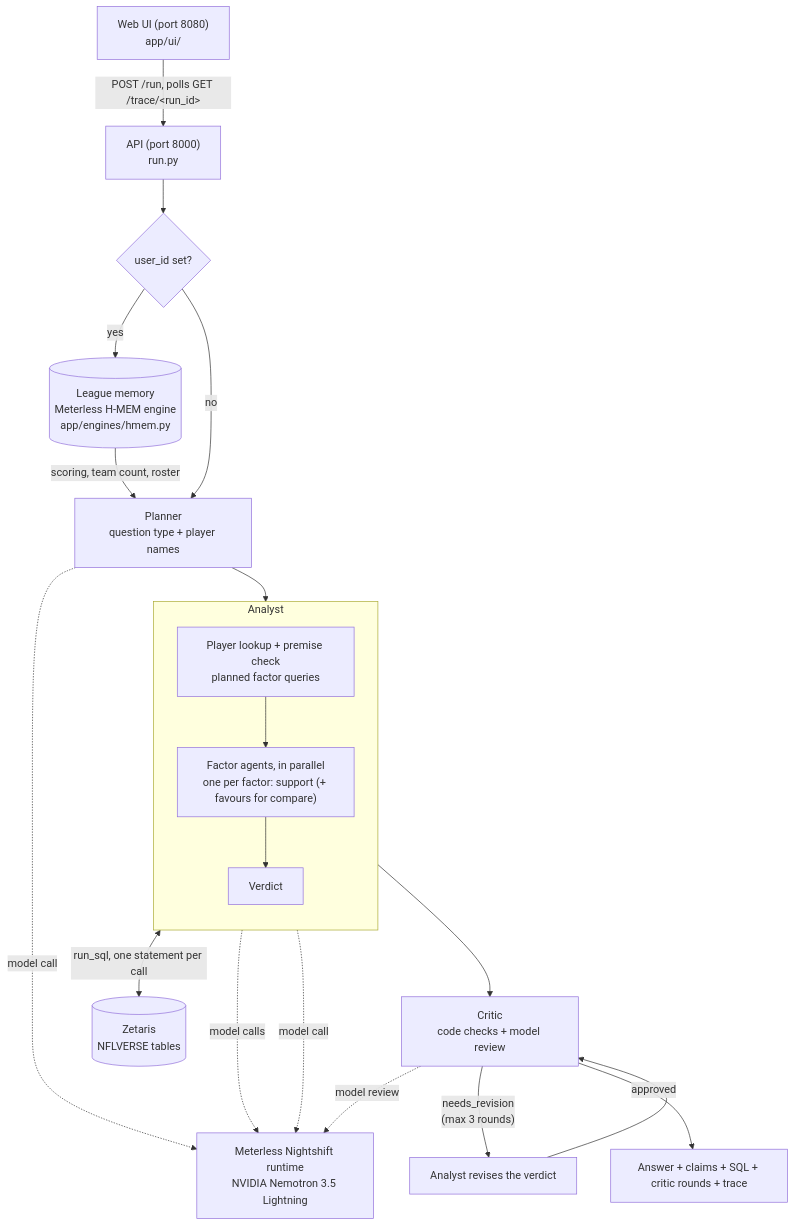
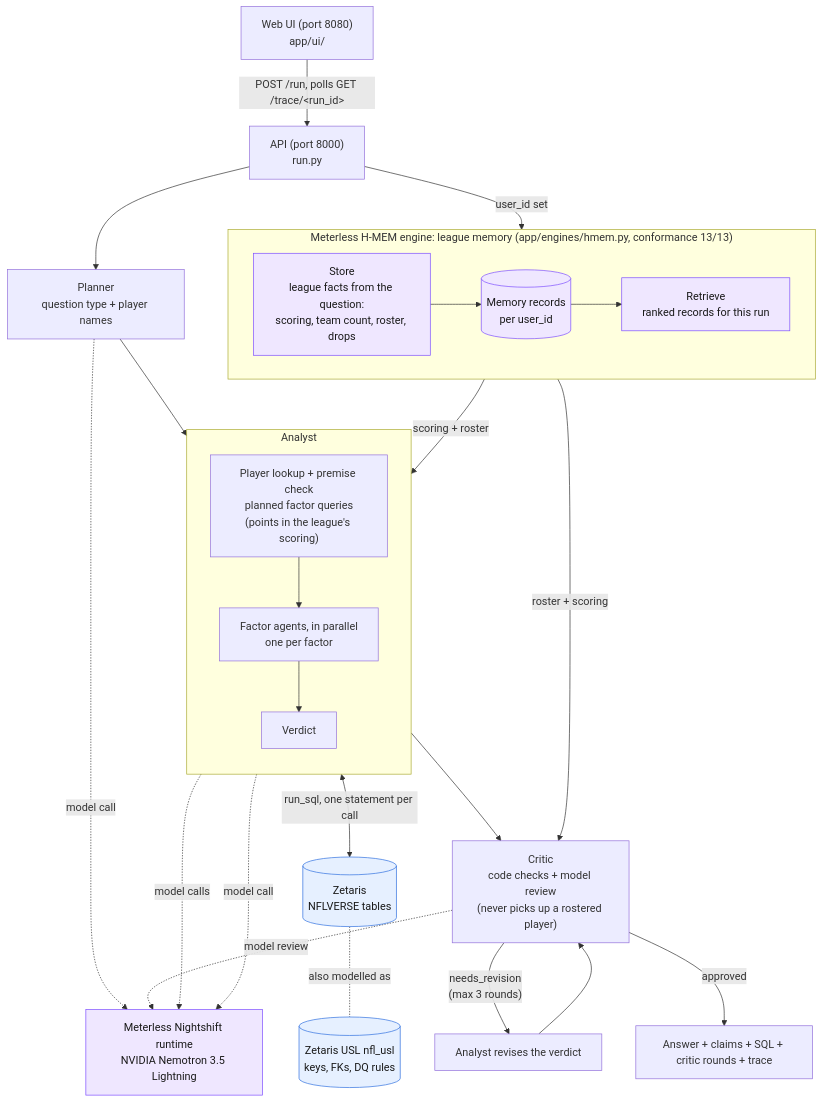
One commit to Duaarondu/nfl-agent changed the diagram in README.md. Above: the diagram before and after it, drawn with Mermaid.

Commit message:
README Architecture: H-MEM store/retrieve, USL, Critic roster rule in the diagram

````diff
--- a/README.md
+++ b/README.md
@@ -72,27 +72,34 @@
 ```mermaid
 flowchart TD
     UI["Web UI (port 8080)<br/>app/ui/"] -->|"POST /run, polls GET /trace/&lt;run_id&gt;"| API["API (port 8000)<br/>run.py"]
-    API --> MEM{"user_id set?"}
-    MEM -->|yes| HMEM[("League memory<br/>Meterless H-MEM engine<br/>app/engines/hmem.py")]
-    HMEM -->|"scoring, team count, roster"| P
-    MEM -->|no| P["Planner<br/>question type + player names"]
+    API --> P["Planner<br/>question type + player names"]
+    API -->|"user_id set"| ST
+    subgraph HM["Meterless H-MEM engine: league memory (app/engines/hmem.py, conformance 13/13)"]
+        direction LR
+        ST["Store<br/>league facts from the question:<br/>scoring, team count, roster, drops"] --> MEMDB[("Memory records<br/>per user_id")]
+        MEMDB --> RT["Retrieve<br/>ranked records for this run"]
+    end
     P --> A
-
+    RT -->|"scoring + roster"| A
+    RT -->|"roster + scoring"| C
     subgraph A["Analyst"]
         direction TB
-        Q["Player lookup + premise check<br/>planned factor queries"] --> F["Factor agents, in parallel<br/>one per factor: support (+ favours for compare)"]
+        Q["Player lookup + premise check<br/>planned factor queries<br/>(points in the league's scoring)"] --> F["Factor agents, in parallel<br/>one per factor"]
         F --> V["Verdict"]
     end
-
     Q <-->|"run_sql, one statement per call"| Z[("Zetaris<br/>NFLVERSE tables")]
+    Z -.-|"also modelled as"| USL[("Zetaris USL nfl_usl<br/>keys, FKs, DQ rules")]
     P -.->|model call| N
     F -.->|model calls| N
     V -.->|model call| N
     C -.->|model review| N
     N["Meterless Nightshift runtime<br/>NVIDIA Nemotron 3.5 Lightning"]
-
-    V --> C["Critic<br/>code checks + model review"]
+    V --> C["Critic<br/>code checks + model review<br/>(never picks up a rostered player)"]
     C -->|"needs_revision<br/>(max 3 rounds)"| R["Analyst revises the verdict"]
     R --> C
     C -->|approved| OUT["Answer + claims + SQL + critic rounds + trace"]
+    classDef meterless fill:#efe7ff,stroke:#7c4dff,color:#1a1a1a;
+    classDef zetaris fill:#e6f0ff,stroke:#2f6fdf,color:#1a1a1a;
+    class ST,MEMDB,RT,N meterless;
+    class Z,USL zetaris;
 ```
````
